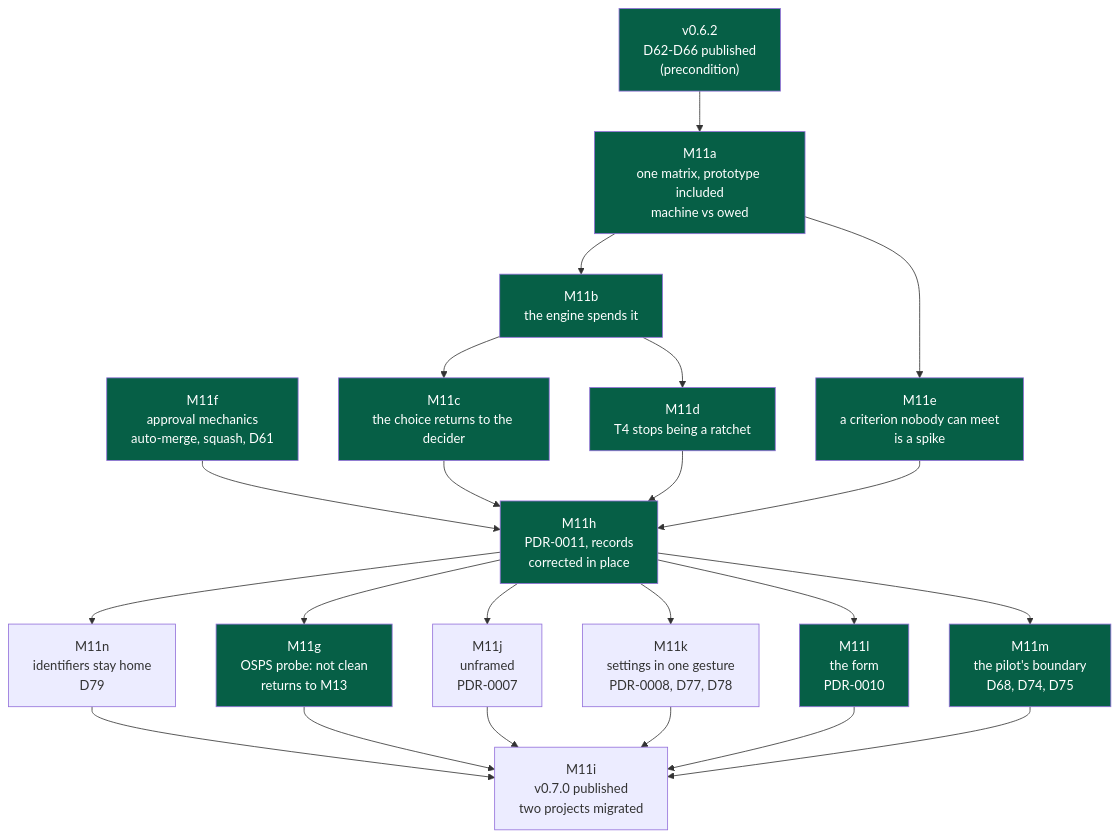
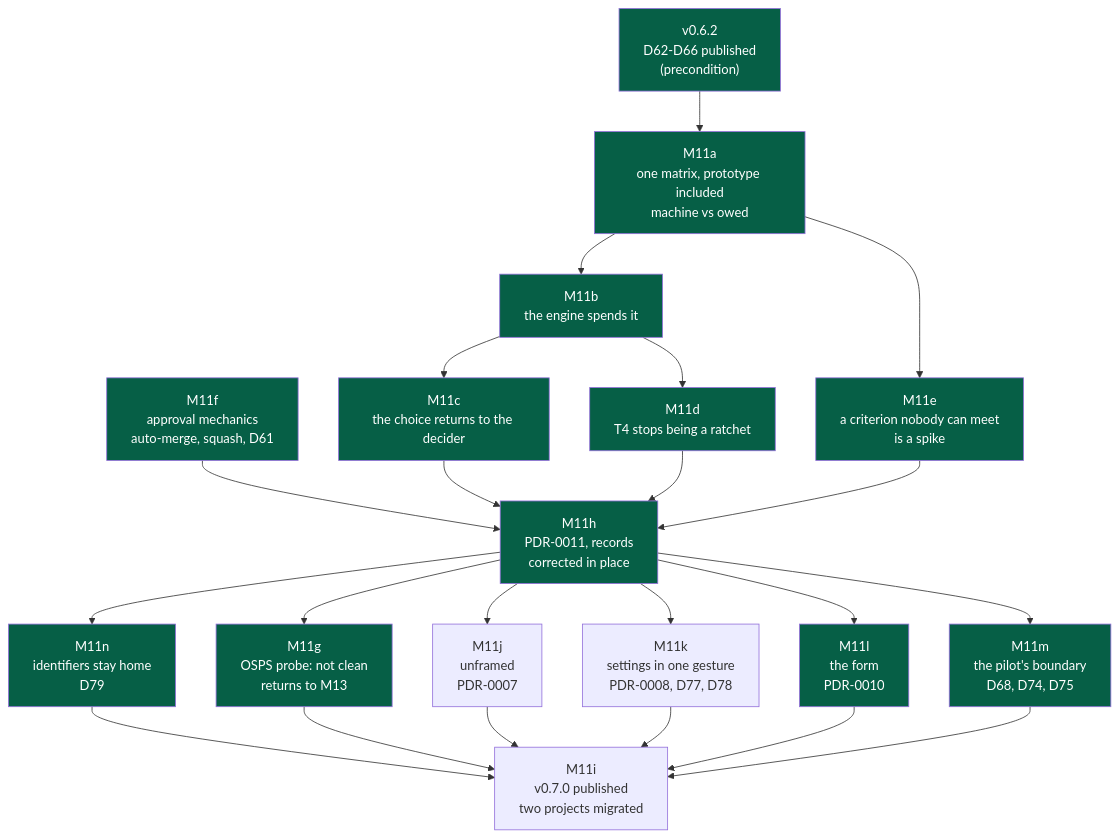
One commit to NapkinStack/engineering-os changed the first of 2 diagrams in docs/governance/plans/2026-09-23-m11-ceremony-follows-consequence.md. Above: the diagram before and after it, drawn with Mermaid. The commit also changed other lines of this file and 15 other files, not shown here.

First line of the commit message:
M11n — the framework's own identifiers stay home (#115)

````diff
--- a/docs/governance/plans/2026-09-23-m11-ceremony-follows-consequence.md
+++ b/docs/governance/plans/2026-09-23-m11-ceremony-follows-consequence.md
@@ -140,26 +140,26 @@
 ```mermaid
 flowchart TD
     V62["v0.6.2<br/>D62-D66 published<br/>(precondition)"]:::done --> A
     A["M11a<br/>one matrix, prototype included<br/>machine vs owed"]:::done --> B["M11b<br/>the engine spends it"]:::done
     B --> C["M11c<br/>the choice returns to the decider"]:::done
     B --> D["M11d<br/>T4 stops being a ratchet"]:::done
     A --> E["M11e<br/>a criterion nobody can meet<br/>is a spike"]:::done
     F["M11f<br/>approval mechanics<br/>auto-merge, squash, D61"]:::done --> H
     C --> H["M11h<br/>PDR-0011, records<br/>corrected in place"]:::done
     D --> H
     E --> H
     H --> G["M11g<br/>OSPS probe: not clean<br/>returns to M13"]:::done
     H --> J["M11j<br/>unframed<br/>PDR-0007"]
     H --> K["M11k<br/>settings in one gesture<br/>PDR-0008, D77, D78"]
     H --> L["M11l<br/>the form<br/>PDR-0010"]:::done
     H --> M["M11m<br/>the pilot's boundary<br/>D68, D74, D75"]:::done
-    H --> N["M11n<br/>identifiers stay home<br/>D79"]
+    H --> N["M11n<br/>identifiers stay home<br/>D79"]:::done
     N --> I
     G --> I["M11i<br/>v0.7.0 published<br/>two projects migrated"]
     J --> I
     K --> I
     L --> I
     M --> I
 
     classDef done fill:#065f46,color:#fff
 ```
````
